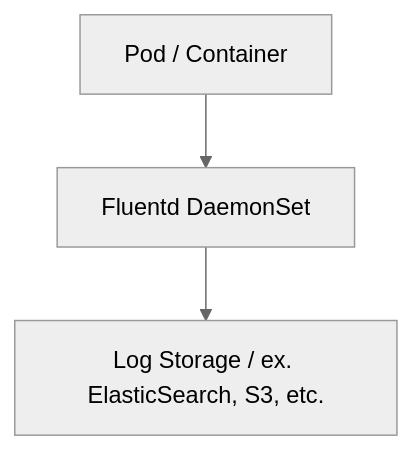
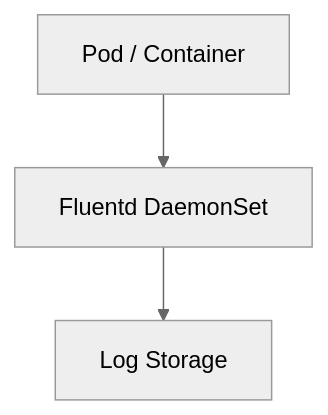
Before and after one commit to kyungryeol-yoon/kyungryeol-yoon.github.io: the first of 4 diagrams in _posts/devops/kubernetes/2019-02-21-kubernetes-logging-monitoring-guide.md, drawn with Mermaid (neutral theme).

````diff
--- a/_posts/devops/kubernetes/2019-02-21-kubernetes-logging-monitoring-guide.md
+++ b/_posts/devops/kubernetes/2019-02-21-kubernetes-logging-monitoring-guide.md
@@ -31,11 +31,11 @@
 ```mermaid
 graph TD
 
 A[Pod / Container]
 
 B[Fluentd DaemonSet]
 
-C[Log Storage / ex. ElasticSearch, S3, etc.]
+C[Log Storage]
 
 A --> B --> C
 ```
````
